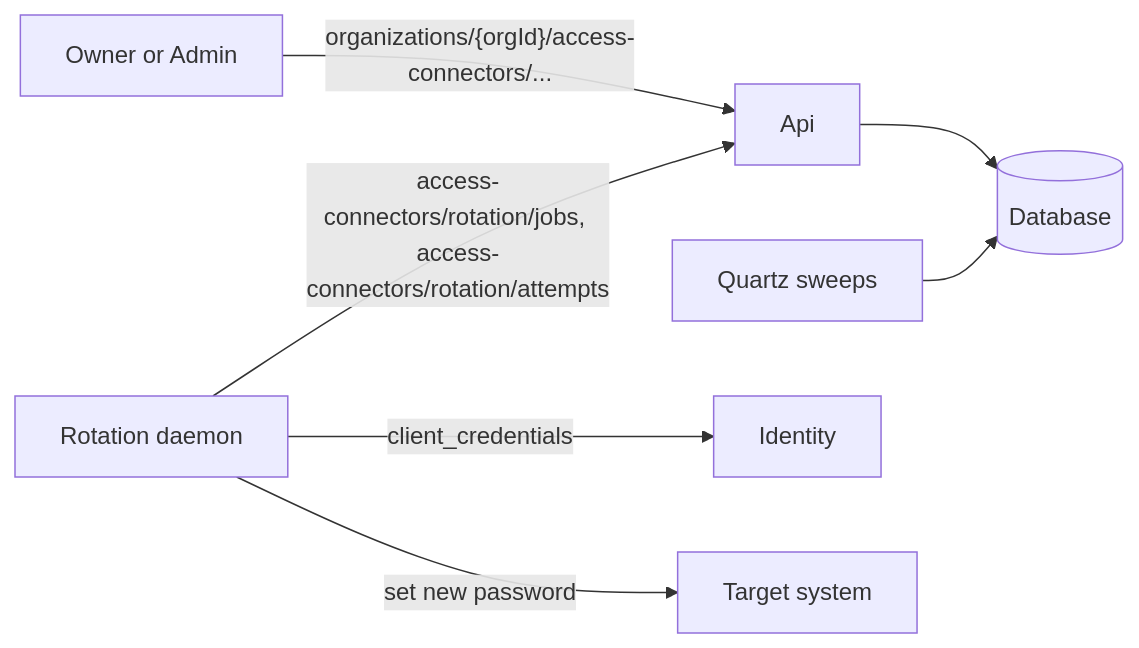
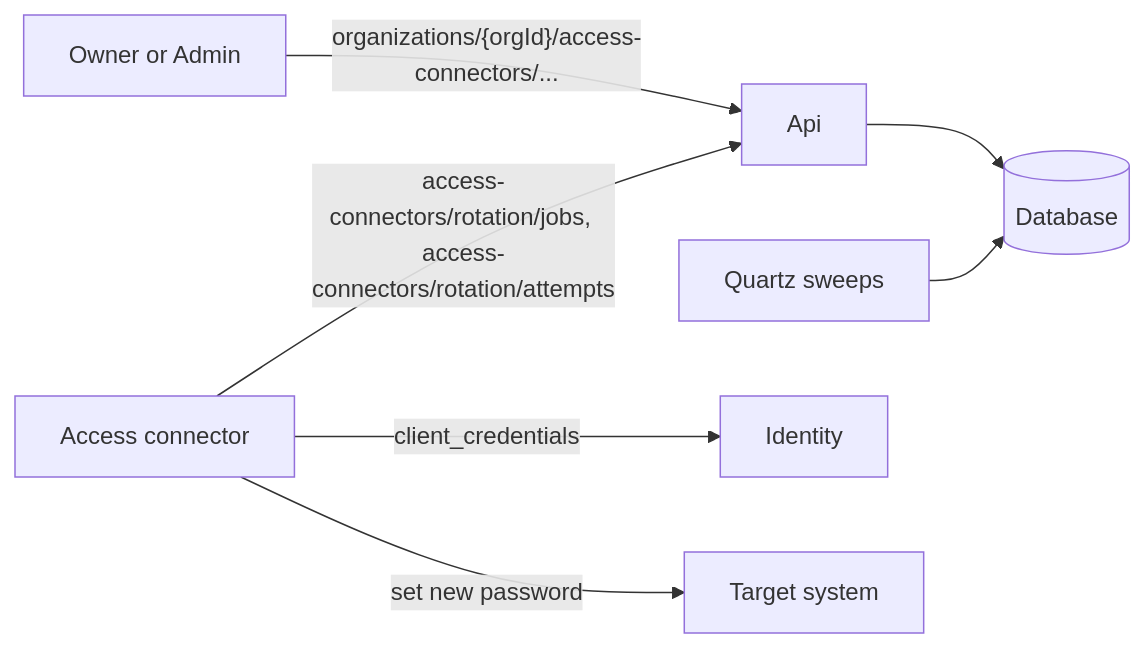
Before and after one commit to bitwarden/server: the diagram in bitwarden_license/src/Services/Pam/AccessConnector/README.md, drawn with Mermaid. The commit also changed other lines of this file and 17 other files, not shown here.

````diff
--- a/bitwarden_license/src/Services/Pam/AccessConnector/README.md
+++ b/bitwarden_license/src/Services/Pam/AccessConnector/README.md
@@ -21,9 +22,9 @@
 ```mermaid
 flowchart LR
     Admin[Owner or Admin] -->|"organizations/{orgId}/access-connectors/..."| Api[Api]
     Api --> Db[(Database)]
     Sweep[Quartz sweeps] --> Db
-    Daemon[Rotation daemon] -->|client_credentials| Identity[Identity]
-    Daemon -->|"access-connectors/rotation/jobs, access-connectors/rotation/attempts"| Api
-    Daemon -->|set new password| Target[Target system]
+    Connector[Access connector] -->|client_credentials| Identity[Identity]
+    Connector -->|"access-connectors/rotation/jobs, access-connectors/rotation/attempts"| Api
+    Connector -->|set new password| Target[Target system]
 ```
````
